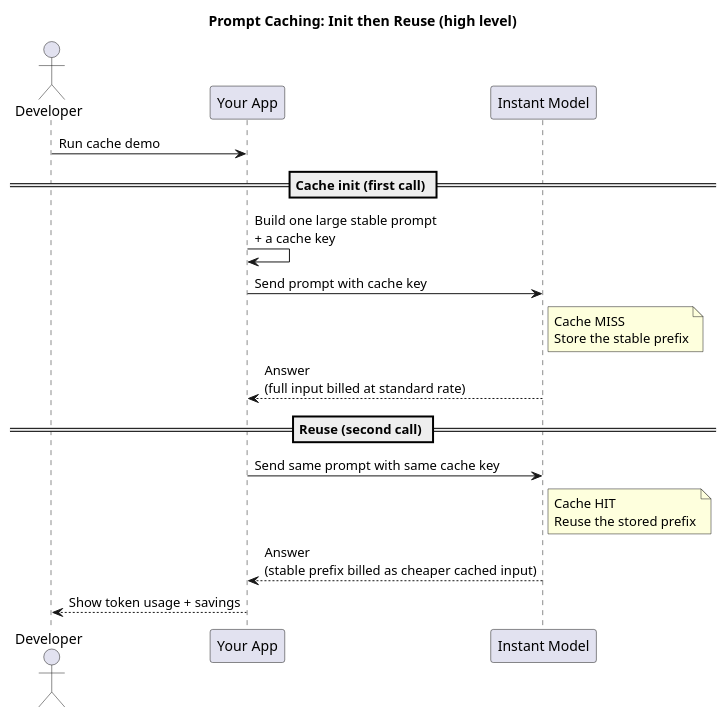
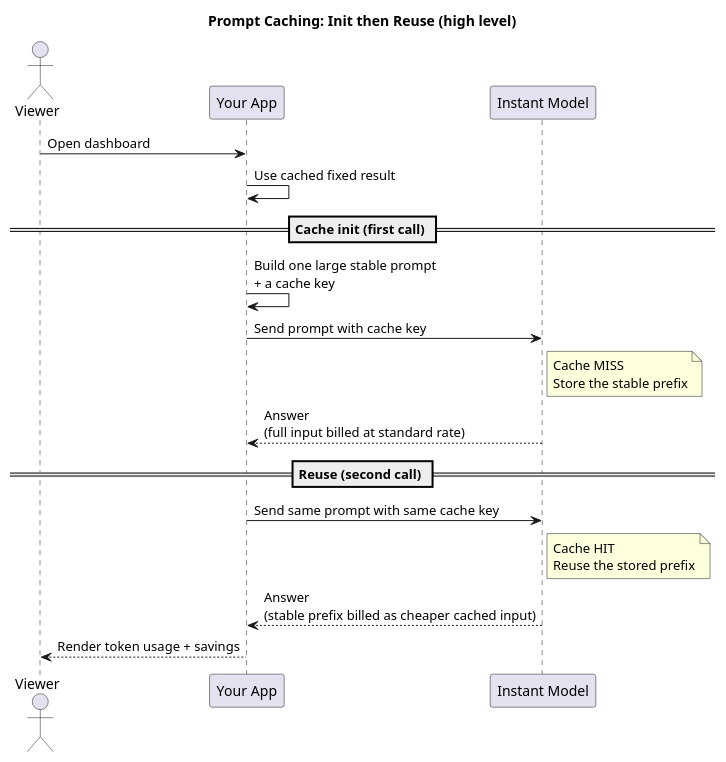
Before and after one commit to roryp/tokendemo: the diagram in doc/prompt-cache-demo-sequence.puml, drawn with PlantUML. The commit also changed 6 other files, not shown here.

Commit message:
feat: enhance documentation and security measures for public dashboard, ensuring fixed demo results and non-interactive UI

```diff
--- a/doc/prompt-cache-demo-sequence.puml
+++ b/doc/prompt-cache-demo-sequence.puml
@@ -1,29 +1,30 @@
 @startuml prompt-cache-demo
 title Prompt Caching: Init then Reuse (high level)
 
-actor Developer as dev
+actor Viewer as viewer
 participant "Your App" as app
 participant "Instant Model" as model
 
-dev -> app : Run cache demo
+viewer -> app : Open dashboard
+app -> app : Use cached fixed result
 
 == Cache init (first call) ==
 app -> app : Build one large stable prompt\n+ a cache key
 app -> model : Send prompt with cache key
 note right of model
   Cache MISS
   Store the stable prefix
 end note
 model --> app : Answer\n(full input billed at standard rate)
 
 == Reuse (second call) ==
 app -> model : Send same prompt with same cache key
 note right of model
   Cache HIT
   Reuse the stored prefix
 end note
 model --> app : Answer\n(stable prefix billed as cheaper cached input)
 
-app --> dev : Show token usage + savings
+app --> viewer : Render token usage + savings
 
 @enduml
```
